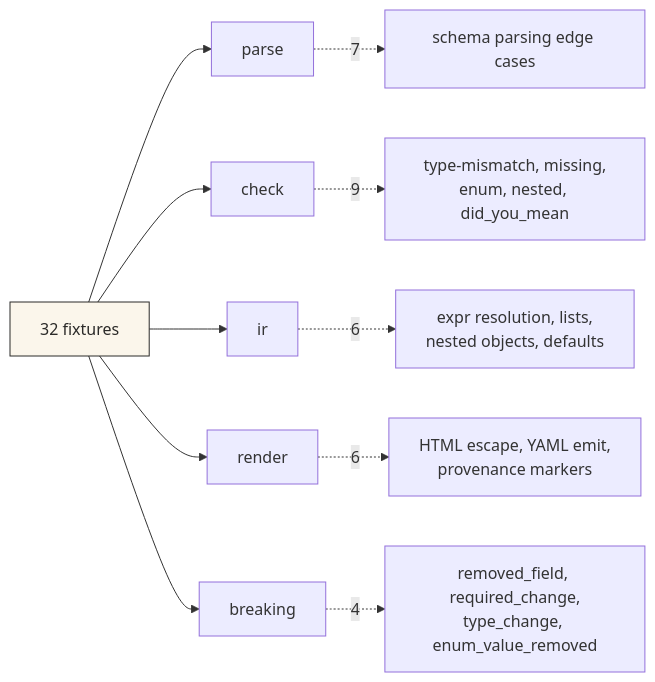
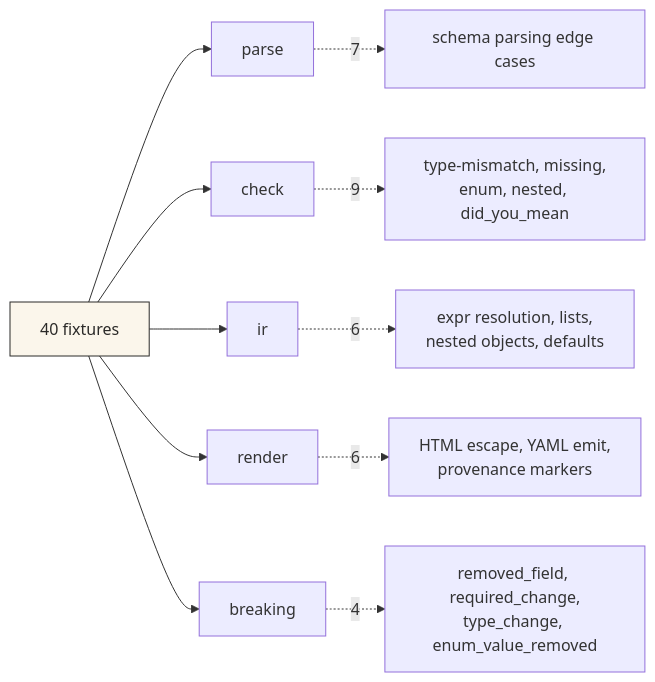
Before and after one commit to ereshzealous/Templane: the fifth of 13 diagrams in docs/ARCHITECTURE.md, drawn with Mermaid. The commit also changed other lines of this file and 11 other files, not shown here.

````diff
--- a/docs/ARCHITECTURE.md
+++ b/docs/ARCHITECTURE.md
@@ -196,16 +196,16 @@
 ```mermaid
 flowchart LR
-    F[32 fixtures] --> P[parse]
+    F[40 fixtures] --> P[parse]
     F --> C[check]
     F --> I[ir]
     F --> R[render]
     F --> B[breaking]
 
     P -.7.-> P1[schema parsing edge cases]
     C -.9.-> C1[type-mismatch, missing,<br/>enum, nested, did_you_mean]
     I -.6.-> I1[expr resolution, lists,<br/>nested objects, defaults]
     R -.6.-> R1[HTML escape, YAML emit,<br/>provenance markers]
     B -.4.-> B1[removed_field, required_change,<br/>type_change, enum_value_removed]
 
     style F fill:#FBF6EB,color:#2B2A28,stroke:#2B2A28
 ```
````
